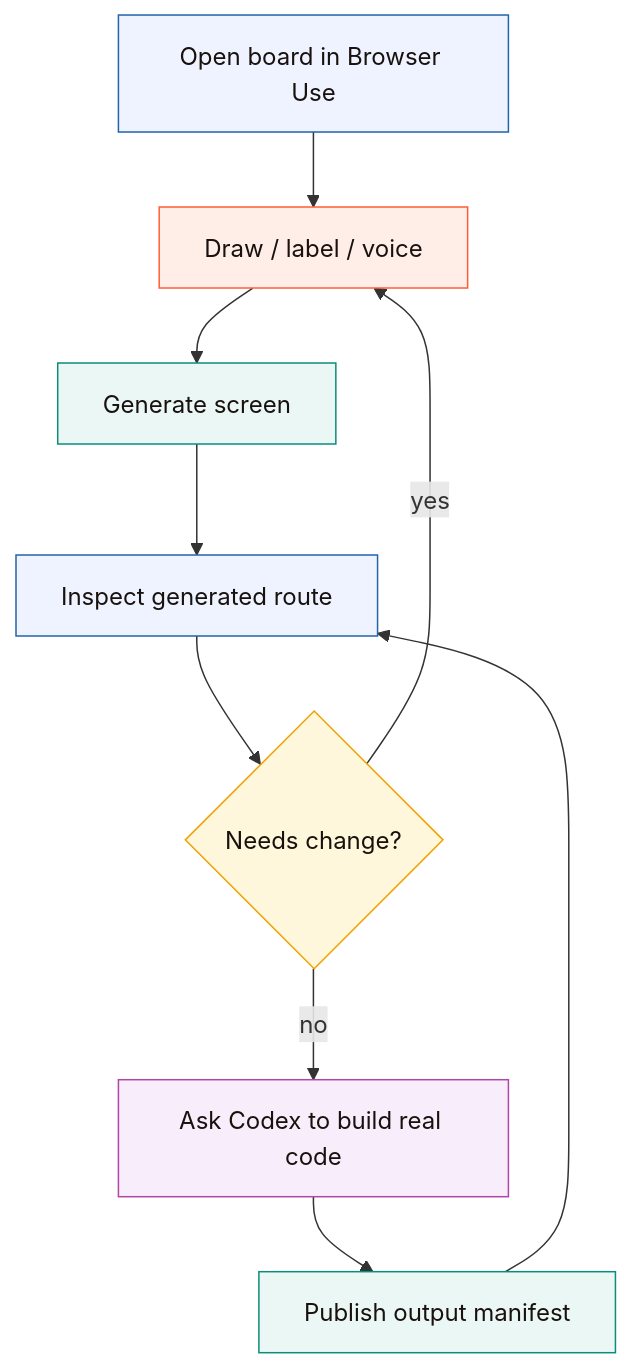
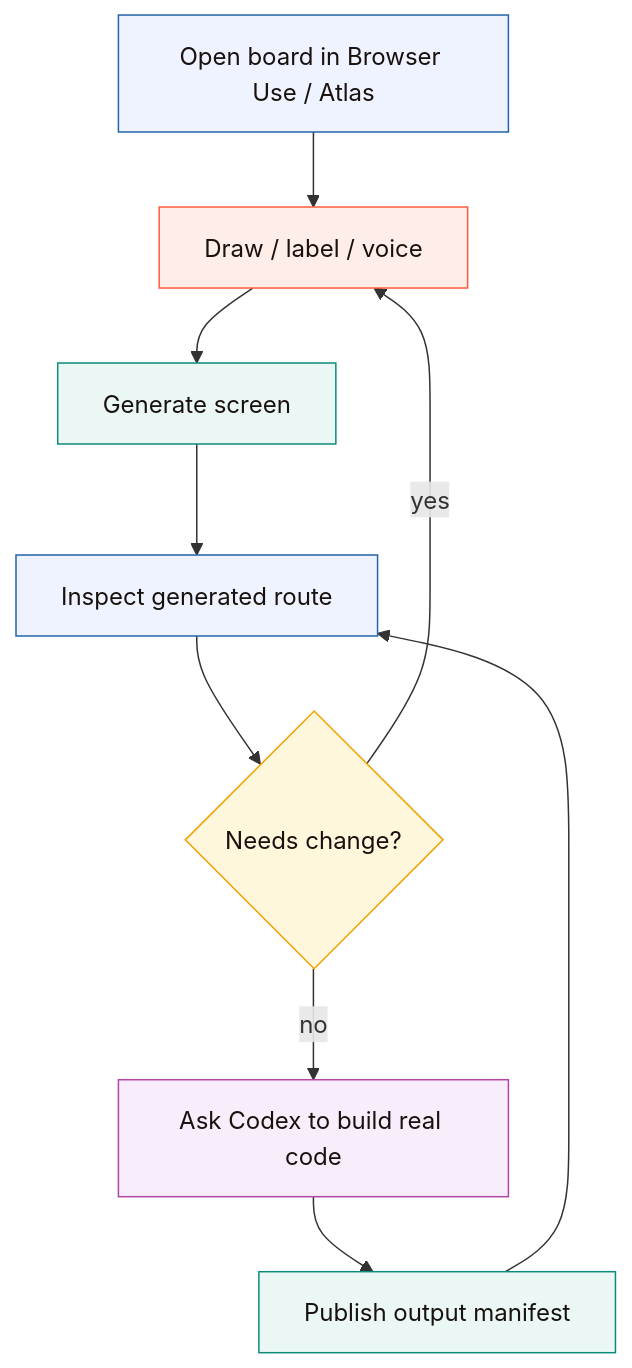
The second of 2 diagrams in docs/CODEX_BROWSER_WORKFLOW.md (varshneydevansh/Canvax), drawn with Mermaid before and after one commit. The commit also changed other lines of this file and 16 other files, not shown here.

````diff
--- a/docs/CODEX_BROWSER_WORKFLOW.md
+++ b/docs/CODEX_BROWSER_WORKFLOW.md
@@ -72,23 +74,23 @@
 ```mermaid
 flowchart TD
-    A["Open board in Browser Use"] --> B["Draw / label / voice"]
+    A["Open board in Browser Use / Atlas"] --> B["Draw / label / voice"]
     B --> C["Generate screen"]
     C --> D["Inspect generated route"]
     D --> E{"Needs change?"}
     E -->|"yes"| B
     E -->|"no"| F["Ask Codex to build real code"]
     F --> G["Publish output manifest"]
     G --> D
 
     classDef browser fill:#eef3ff,stroke:#2364aa,color:#18110e
     classDef input fill:#ffede8,stroke:#ff5d3a,color:#18110e
     classDef output fill:#eaf7f5,stroke:#0c8d7b,color:#18110e
     classDef decision fill:#fff7db,stroke:#f0a202,color:#18110e
     classDef codex fill:#f7edfb,stroke:#b246a8,color:#18110e
 
     class A,D browser
     class B input
     class C,G output
     class E decision
     class F codex
 ```
````
